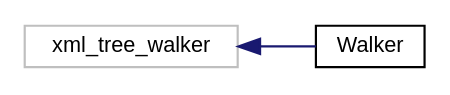
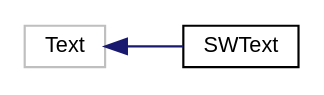
One commit to Simply-Ian/silentwater changed the diagram in Docs/inherit_graph_5.dot. Above: the diagram before and after it, drawn with Graphviz. The commit also changed 227 other files, not shown here.

```diff
--- a/Docs/inherit_graph_5.dot
+++ b/Docs/inherit_graph_5.dot
@@ -1,10 +1,10 @@
 digraph "Иерархия классов. Графический вид."
 {
  // LATEX_PDF_SIZE
   edge [fontname="Helvetica",fontsize="10",labelfontname="Helvetica",labelfontsize="10"];
   node [fontname="Helvetica",fontsize="10",shape=record];
   rankdir="LR";
-  Node1 [label="xml_tree_walker",height=0.2,width=0.4,color="grey75", fillcolor="white", style="filled",tooltip=" "];
-  Node1 -> Node0 [dir="back",color="midnightblue",fontsize="10",style="solid",fontname="Helvetica"];
-  Node0 [label="Walker",height=0.2,width=0.4,color="black", fillcolor="white", style="filled",URL="$struct_walker.html",tooltip="Класс для парсинга XML средствами pugixml и первичной генерации объектов Fragment."];
+  Node5 [label="Text",height=0.2,width=0.4,color="grey75", fillcolor="white", style="filled",tooltip=" "];
+  Node5 -> Node0 [dir="back",color="midnightblue",fontsize="10",style="solid",fontname="Helvetica"];
+  Node0 [label="SWText",height=0.2,width=0.4,color="black", fillcolor="white", style="filled",URL="$class_s_w_text.html",tooltip="Класс для отрисовки фрагмента текста на странице книги"];
 }
```
